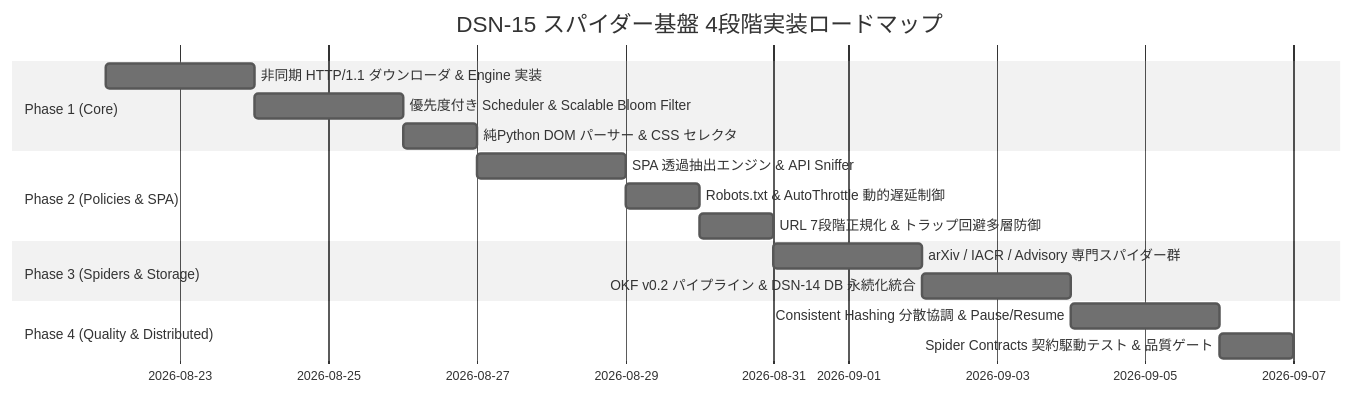
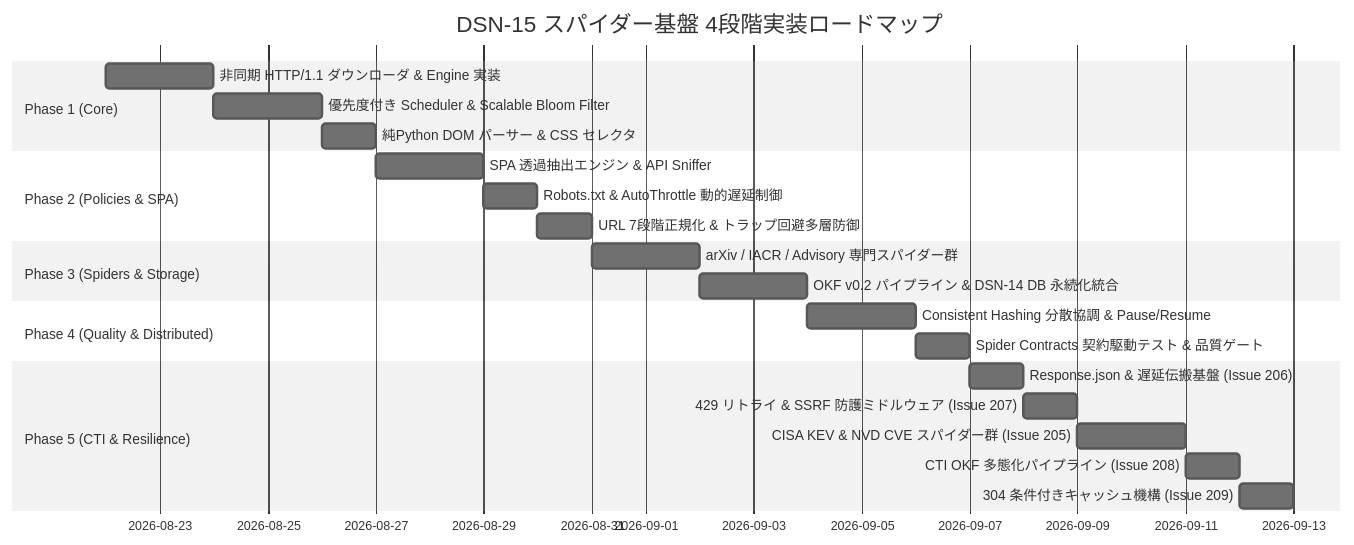
Diagram 13 of 13 in docs/designs/DSN-06-distributed_spider_and_crawler.md (rokujyouhitoma/arxiv-security-papers), drawn with Mermaid (neutral theme) before and after one commit. The commit also changed other lines of this file and 6 other files, not shown here.

First line of the commit message:
feat(spider): add Response.json, Request.params, and download_delay propagation (ID: 206)

````diff
--- a/docs/designs/DSN-06-distributed_spider_and_crawler.md
+++ b/docs/designs/DSN-06-distributed_spider_and_crawler.md
@@ -633,19 +672,25 @@
 ```mermaid
 gantt
     title DSN-15 スパイダー基盤 4段階実装ロードマップ
     dateFormat YYYY-MM-DD
     section Phase 1 (Core)
     非同期 HTTP/1.1 ダウンローダ & Engine 実装      :p1_1, 2026-08-22, 2d
     優先度付き Scheduler & Scalable Bloom Filter   :p1_2, after p1_1, 2d
     純Python DOM パーサー & CSS セレクタ           :p1_3, after p1_2, 1d
     section Phase 2 (Policies & SPA)
     SPA 透過抽出エンジン & API Sniffer             :p2_1, after p1_3, 2d
     Robots.txt & AutoThrottle 動的遅延制御         :p2_2, after p2_1, 1d
     URL 7段階正規化 & トラップ回避多層防御         :p2_3, after p2_2, 1d
     section Phase 3 (Spiders & Storage)
     arXiv / IACR / Advisory 専門スパイダー群       :p3_1, after p2_3, 2d
     OKF v0.2 パイプライン & DSN-14 DB 永続化統合   :p3_2, after p3_1, 2d
     section Phase 4 (Quality & Distributed)
     Consistent Hashing 分散協調 & Pause/Resume    :p4_1, after p3_2, 2d
     Spider Contracts 契約駆動テスト & 品質ゲート   :p4_2, after p4_1, 1d
+    section Phase 5 (CTI & Resilience)
+    Response.json & 遅延伝搬基盤 (Issue 206)      :p5_1, 2026-09-07, 1d
+    429 リトライ & SSRF 防護ミドルウェア (Issue 207) :p5_2, after p5_1, 1d
+    CISA KEV & NVD CVE スパイダー群 (Issue 205)   :p5_3, after p5_2, 2d
+    CTI OKF 多態化パイプライン (Issue 208)        :p5_4, after p5_3, 1d
+    304 条件付きキャッシュ機構 (Issue 209)         :p5_5, after p5_4, 1d
 ```
````
